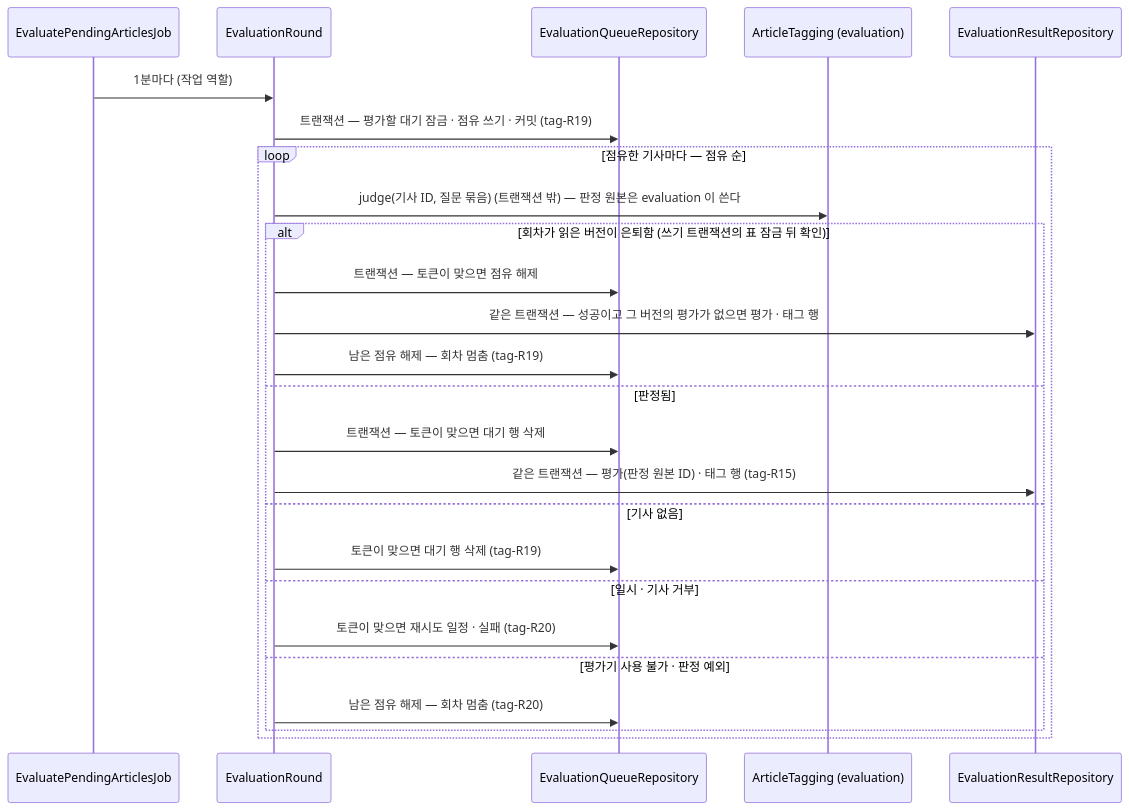
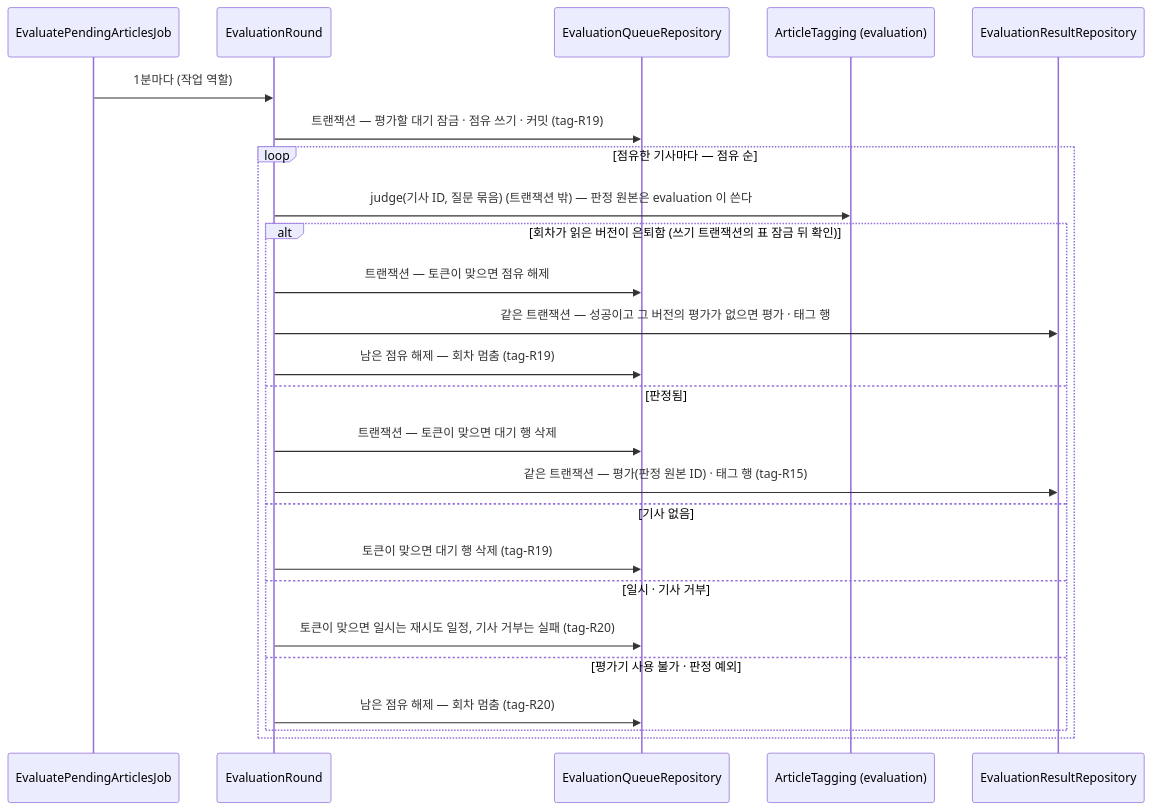
The third of 4 diagrams in docs/specs/tag.md (Theia0382/yozm-news), drawn with Mermaid before and after one commit. The commit also changed other lines of this file and 12 other files, not shown here.

````diff
--- a/docs/specs/tag.md
+++ b/docs/specs/tag.md
@@ -839,28 +839,28 @@
 ```mermaid
 sequenceDiagram
     participant J as EvaluatePendingArticlesJob
     participant R as EvaluationRound
     participant Q as EvaluationQueueRepository
     participant E as ArticleTagging (evaluation)
     participant Res as EvaluationResultRepository
 
     J->>R: 1분마다 (작업 역할)
     R->>Q: 트랜잭션 — 평가할 대기 잠금 · 점유 쓰기 · 커밋 (tag-R19)
     loop 점유한 기사마다 — 점유 순
         R->>E: judge(기사 ID, 질문 묶음) (트랜잭션 밖) — 판정 원본은 evaluation 이 쓴다
         alt 회차가 읽은 버전이 은퇴함 (쓰기 트랜잭션의 표 잠금 뒤 확인)
             R->>Q: 트랜잭션 — 토큰이 맞으면 점유 해제
             R->>Res: 같은 트랜잭션 — 성공이고 그 버전의 평가가 없으면 평가 · 태그 행
             R->>Q: 남은 점유 해제 — 회차 멈춤 (tag-R19)
         else 판정됨
             R->>Q: 트랜잭션 — 토큰이 맞으면 대기 행 삭제
             R->>Res: 같은 트랜잭션 — 평가(판정 원본 ID) · 태그 행 (tag-R15)
         else 기사 없음
             R->>Q: 토큰이 맞으면 대기 행 삭제 (tag-R19)
         else 일시 · 기사 거부
-            R->>Q: 토큰이 맞으면 재시도 일정 · 실패 (tag-R20)
+            R->>Q: 토큰이 맞으면 일시는 재시도 일정, 기사 거부는 실패 (tag-R20)
         else 평가기 사용 불가 · 판정 예외
             R->>Q: 남은 점유 해제 — 회차 멈춤 (tag-R20)
         end
     end
 ```
````
